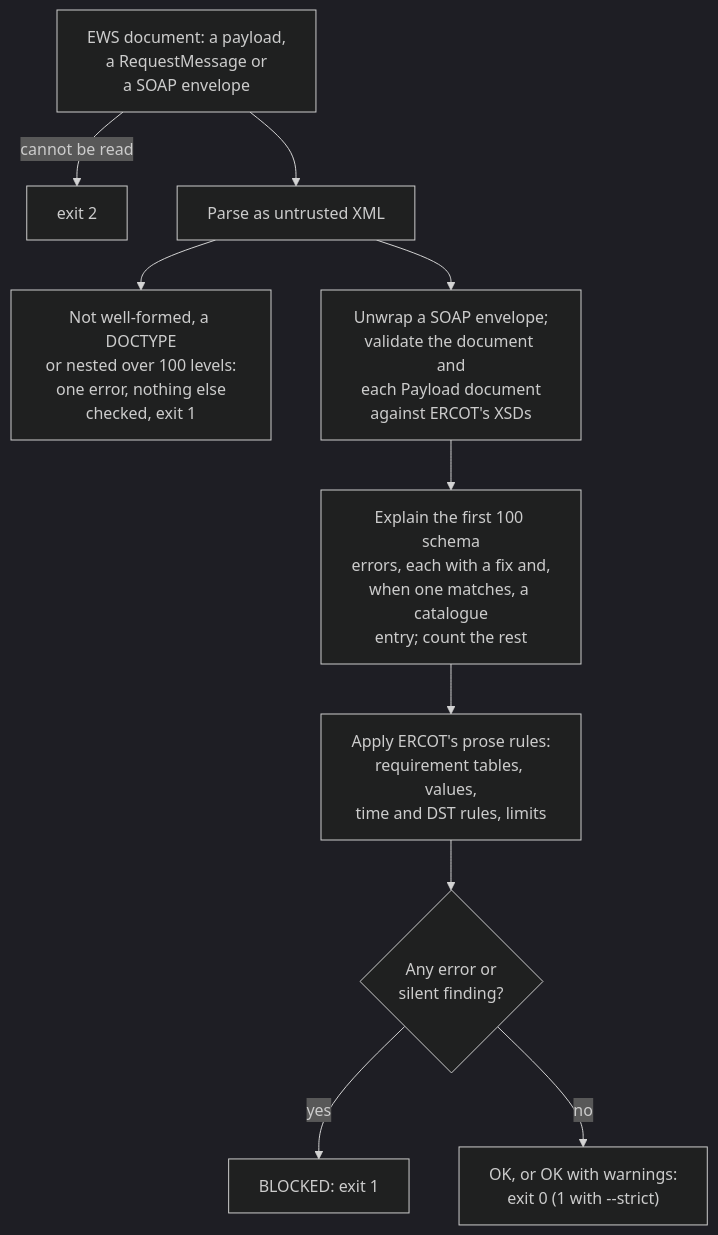
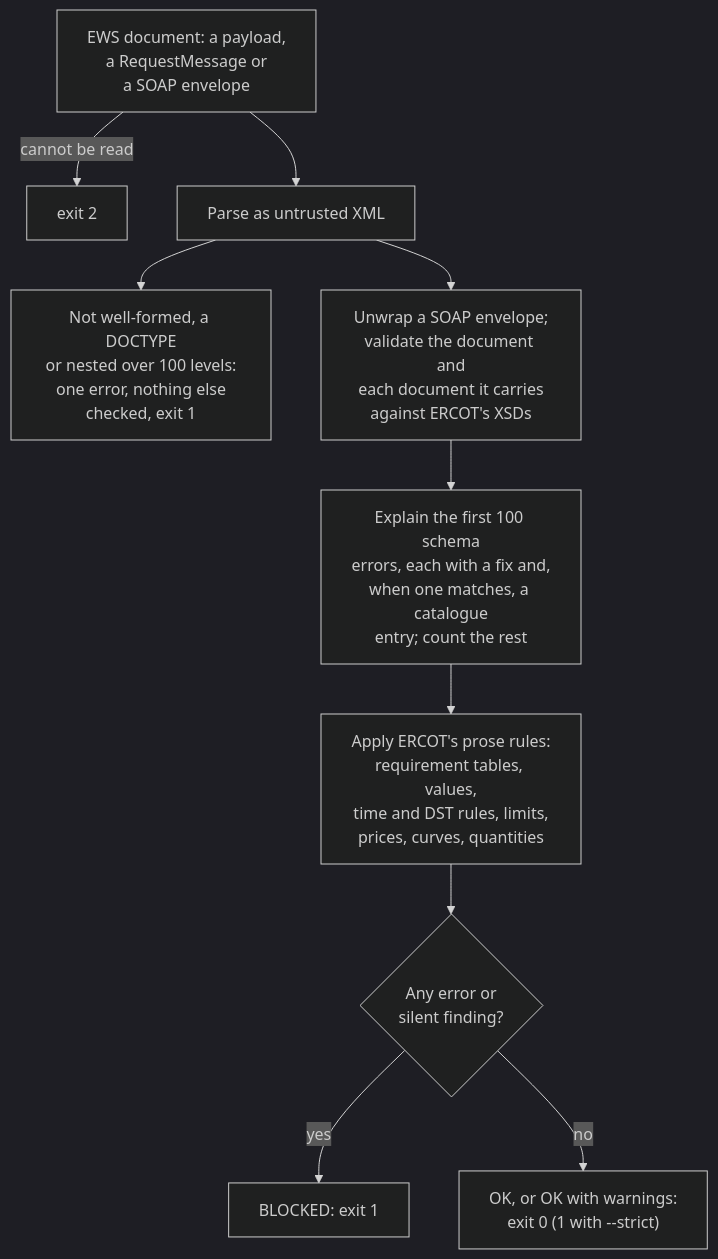
One commit to wattness/ercot-ews-check changed the diagram in README.md. Above: the diagram before and after it, drawn with Mermaid (dark theme). The commit also changed other lines of this file and 61 other files, not shown here.

````diff
--- a/README.md
+++ b/README.md
@@ -60,13 +61,13 @@
 ```mermaid
 flowchart TD
     file["EWS document: a payload,<br>a RequestMessage or<br>a SOAP envelope"]
     file -- cannot be read --> exit2["exit 2"]
     file --> parse["Parse as untrusted XML"]
     parse --> refused["Not well-formed, a DOCTYPE<br>or nested over 100 levels:<br>one error, nothing else<br>checked, exit 1"]
-    parse --> xsd["Unwrap a SOAP envelope;<br>validate the document and<br>each Payload document<br>against ERCOT's XSDs"]
+    parse --> xsd["Unwrap a SOAP envelope;<br>validate the document and<br>each document it carries<br>against ERCOT's XSDs"]
     xsd --> explain["Explain the first 100 schema<br>errors, each with a fix and,<br>when one matches, a catalogue<br>entry; count the rest"]
-    explain --> prose["Apply ERCOT's prose rules:<br>requirement tables, values,<br>time and DST rules, limits"]
+    explain --> prose["Apply ERCOT's prose rules:<br>requirement tables, values,<br>time and DST rules, limits,<br>prices, curves, quantities"]
     prose --> blocks{"Any error or<br>silent finding?"}
     blocks -- yes --> exit1["BLOCKED: exit 1"]
     blocks -- no --> exit0["OK, or OK with warnings:<br>exit 0 (1 with --strict)"]
 ```
````
